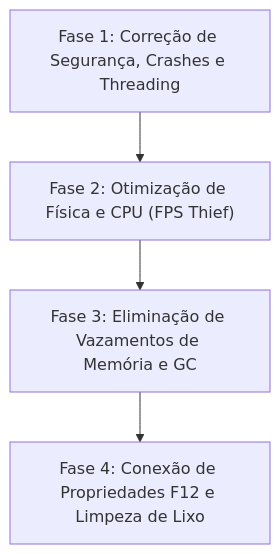
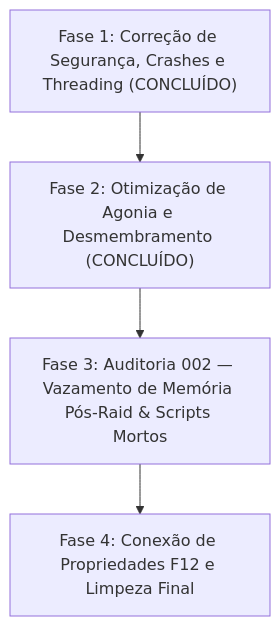
One commit to guilhermebvdm/tarkov-spt-4.0 changed the diagram in mods/VisceralCombat/docs/refactor-roadmap.md. Above: the diagram before and after it, drawn with Mermaid. The commit also changed other lines of this file, not shown here.

Commit message:
docs(VisceralCombat): update refactor-roadmap.md with dismemberment & agony fixes and 002-refactor audit items

````diff
--- a/mods/VisceralCombat/docs/refactor-roadmap.md
+++ b/mods/VisceralCombat/docs/refactor-roadmap.md
@@ -28,6 +28,6 @@
 ```mermaid
 graph TD
-    Phase1["Fase 1: Correção de Segurança, Crashes e Threading"] --> Phase2["Fase 2: Otimização de Física e CPU (FPS Thief)"]
-    Phase2 --> Phase3["Fase 3: Eliminação de Vazamentos de Memória e GC"]
-    Phase3 --> Phase4["Fase 4: Conexão de Propriedades F12 e Limpeza de Lixo"]
+    Phase1["Fase 1: Correção de Segurança, Crashes e Threading (CONCLUÍDO)"] --> Phase2["Fase 2: Otimização de Agonia e Desmembramento (CONCLUÍDO)"]
+    Phase2 --> Phase3["Fase 3: Auditoria 002 — Vazamento de Memória Pós-Raid & Scripts Mortos"]
+    Phase3 --> Phase4["Fase 4: Conexão de Propriedades F12 e Limpeza Final"]
 ```
````
